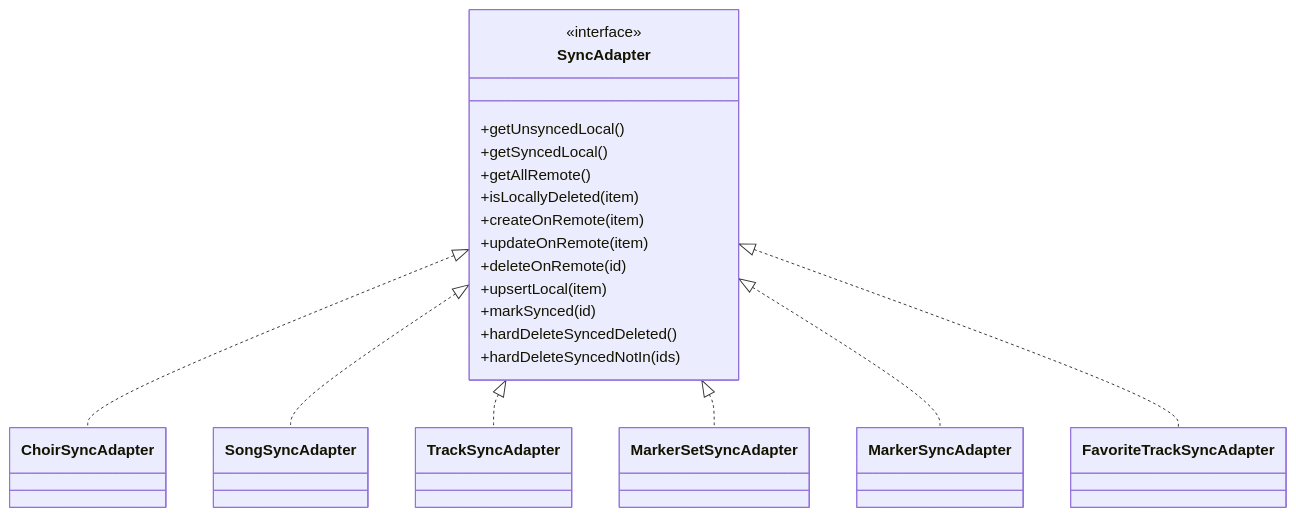
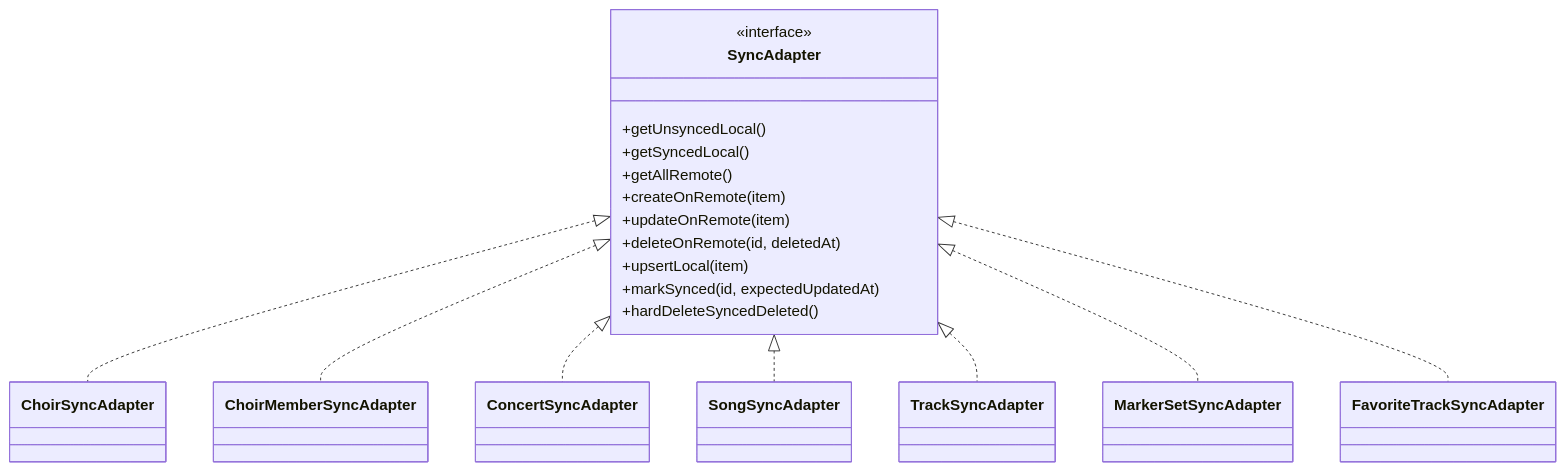
Before and after one commit to martinhansdk/repertoire-coach: the seventh of 7 diagrams in docs/SYNC_ARCHITECTURE.md, drawn with Mermaid. The commit also changed other lines of this file and 1 other file, not shown here.

First line of the commit message:
Update sync documentation for the migration-013 design

````diff
--- a/docs/SYNC_ARCHITECTURE.md
+++ b/docs/SYNC_ARCHITECTURE.md
@@ -162,31 +202,31 @@
 ```mermaid
 classDiagram
   class SyncAdapter {
     <<interface>>
     +getUnsyncedLocal()
     +getSyncedLocal()
     +getAllRemote()
-    +isLocallyDeleted(item)
     +createOnRemote(item)
     +updateOnRemote(item)
-    +deleteOnRemote(id)
+    +deleteOnRemote(id, deletedAt)
     +upsertLocal(item)
-    +markSynced(id)
+    +markSynced(id, expectedUpdatedAt)
     +hardDeleteSyncedDeleted()
-    +hardDeleteSyncedNotIn(ids)
   }
 
   class ChoirSyncAdapter
+  class ChoirMemberSyncAdapter
+  class ConcertSyncAdapter
   class SongSyncAdapter
   class TrackSyncAdapter
   class MarkerSetSyncAdapter
-  class MarkerSyncAdapter
   class FavoriteTrackSyncAdapter
 
   SyncAdapter <|.. ChoirSyncAdapter
+  SyncAdapter <|.. ChoirMemberSyncAdapter
+  SyncAdapter <|.. ConcertSyncAdapter
   SyncAdapter <|.. SongSyncAdapter
   SyncAdapter <|.. TrackSyncAdapter
   SyncAdapter <|.. MarkerSetSyncAdapter
-  SyncAdapter <|.. MarkerSyncAdapter
   SyncAdapter <|.. FavoriteTrackSyncAdapter
 ```
````
